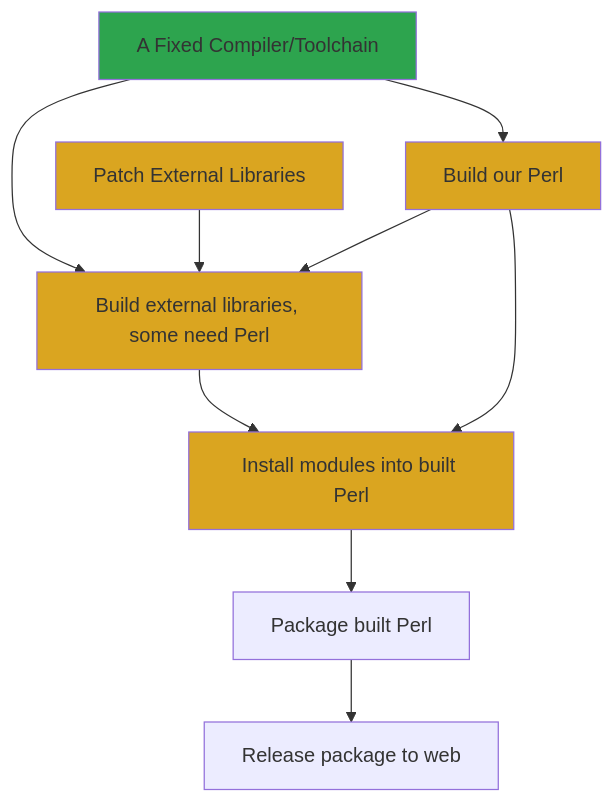
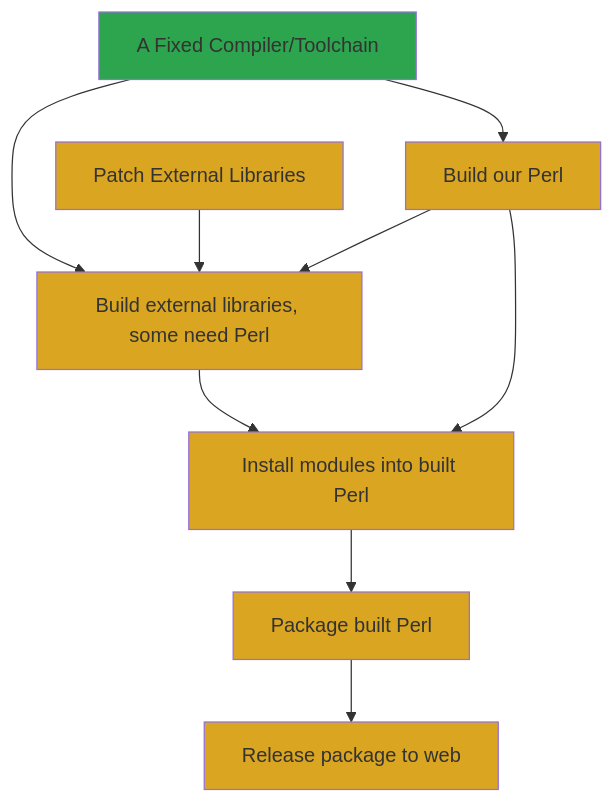
One commit to StrawberryPerl/spbuild changed the diagram in README.md. Above: the diagram before and after it, drawn with Mermaid. The commit also changed other lines of this file and 1 other file, not shown here.

````diff
--- a/README.md
+++ b/README.md
@@ -68,16 +77,18 @@
 ```mermaid
   graph TD;
       A[A Fixed Compiler/Toolchain]-->B[Build external libraries, some need Perl];
       E[Patch External Libraries]-->B;
       A-->C[Build our Perl];
       C-->B;
       B-->D[Install modules into built Perl];
       C-->D;
       D-->F[Package built Perl];
       F-->G[Release package to web];
 style A fill:#2da44e
 style B fill:#DAA520
 style C fill:#DAA520
 style D fill:#DAA520
 style E fill:#DAA520
+style F fill:#DAA520
+style G fill:#DAA520
 ```
````
